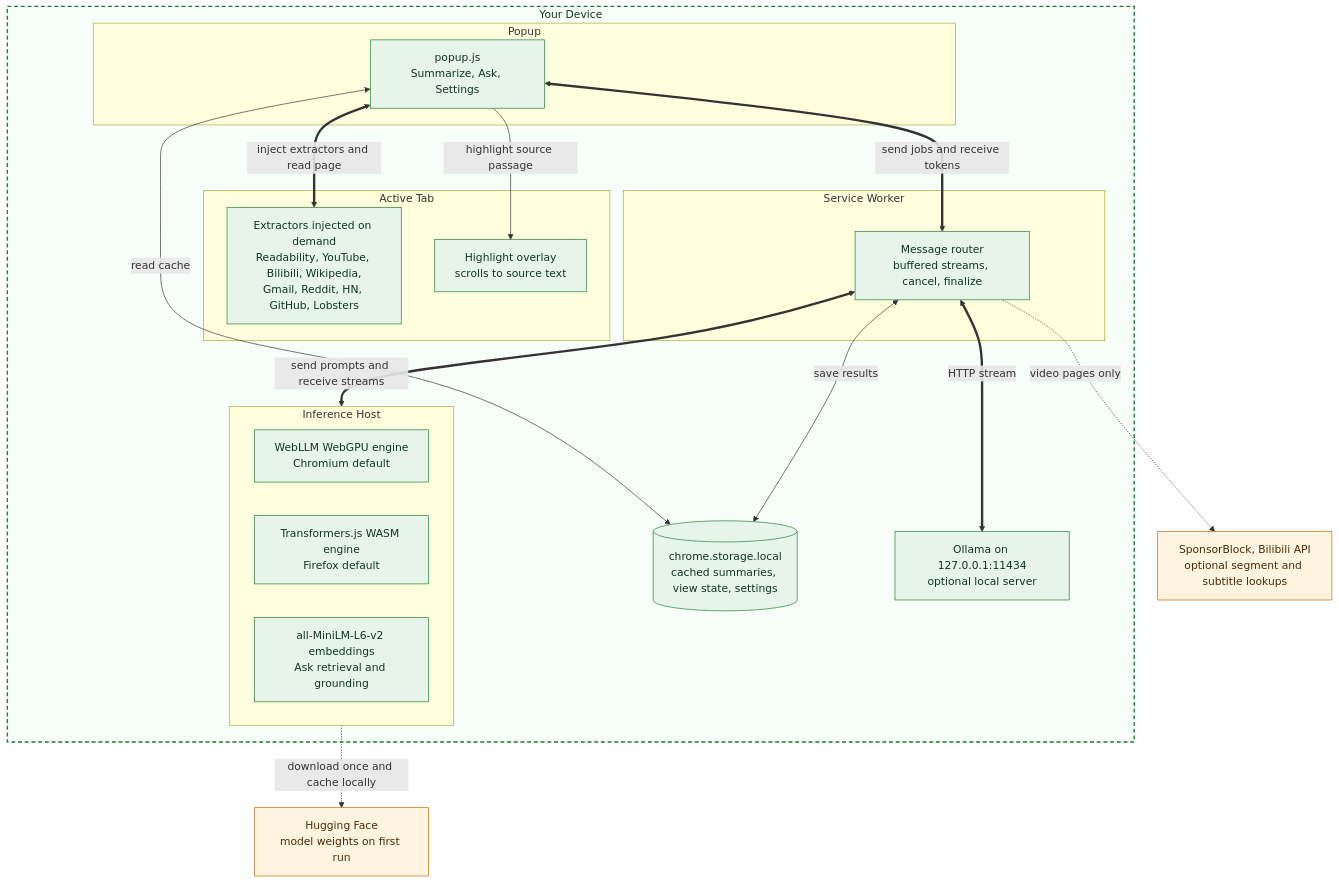
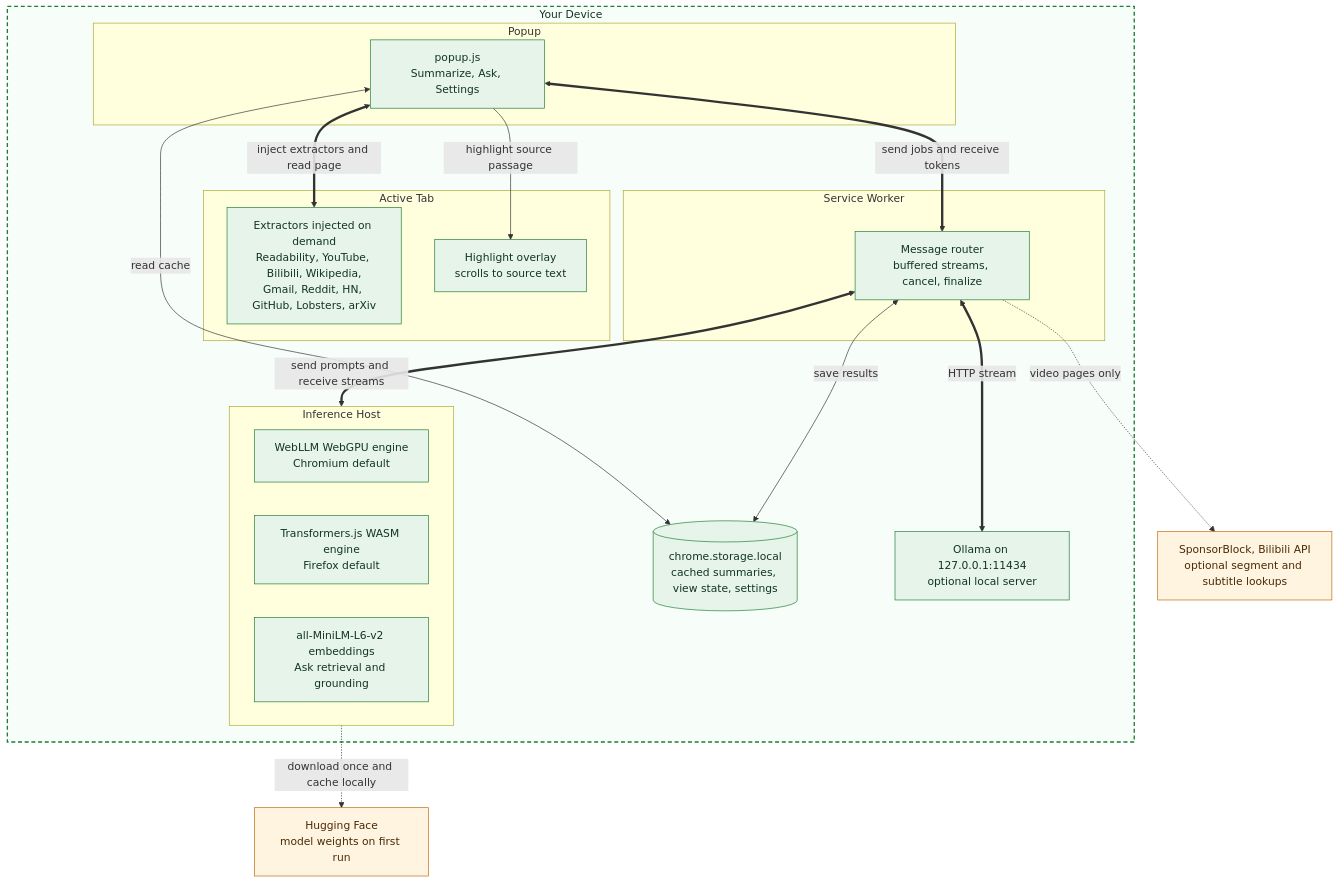
Before and after one commit to MayurK-cmd/apogee: the first of 2 diagrams in ARCHITECTURE.md, drawn with Mermaid. The commit also changed 10 other files, not shown here.

````diff
--- a/ARCHITECTURE.md
+++ b/ARCHITECTURE.md
@@ -34,46 +34,46 @@
 ```mermaid
 flowchart TD
     subgraph device["Your Device"]
         subgraph page["Active Tab"]
-            EX["Extractors injected on demand<br/>Readability, YouTube, Bilibili, Wikipedia,<br/>Gmail, Reddit, HN, GitHub, Lobsters"]
+            EX["Extractors injected on demand<br/>Readability, YouTube, Bilibili, Wikipedia,<br/>Gmail, Reddit, HN, GitHub, Lobsters, arXiv"]
             HL["Highlight overlay<br/>scrolls to source text"]
         end
 
         subgraph ui["Popup"]
             POPUP["popup.js<br/>Summarize, Ask, Settings"]
         end
 
         subgraph bg["Service Worker"]
             ROUTER["Message router<br/>buffered streams, cancel, finalize"]
         end
 
         subgraph host["Inference Host"]
             WEBLLM["WebLLM WebGPU engine<br/>Chromium default"]
             TJS["Transformers.js WASM engine<br/>Firefox default"]
             EMB["all-MiniLM-L6-v2 embeddings<br/>Ask retrieval and grounding"]
         end
 
         STORE[("chrome.storage.local<br/>cached summaries, view state, settings")]
         OLLAMA["Ollama on 127.0.0.1:11434<br/>optional local server"]
     end
 
     HF["Hugging Face<br/>model weights on first run"]
     APIS["SponsorBlock, Bilibili API<br/>optional segment and subtitle lookups"]
 
     POPUP <==>|"inject extractors and read page"| EX
     POPUP -->|"highlight source passage"| HL
     POPUP <==>|"send jobs and receive tokens"| ROUTER
     ROUTER <==>|"send prompts and receive streams"| host
     ROUTER <==>|"HTTP stream"| OLLAMA
     POPUP <-->|"read cache"| STORE
     ROUTER <-->|"save results"| STORE
 
     host -.->|"download once and cache locally"| HF
     ROUTER -.->|"video pages only"| APIS
 
     classDef local fill:#e6f4ea,stroke:#1e7e34,color:#12351f
     classDef remote fill:#fff4e0,stroke:#c2680a,color:#4a2905
     class EX,HL,POPUP,ROUTER,STORE,WEBLLM,TJS,EMB,OLLAMA local
     class HF,APIS remote
     style device fill:#f7fdf9,stroke:#1e7e34,stroke-width:2px,stroke-dasharray:6 4,color:#12351f
 ```
````
